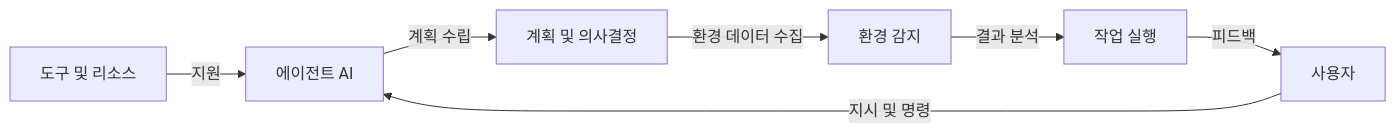
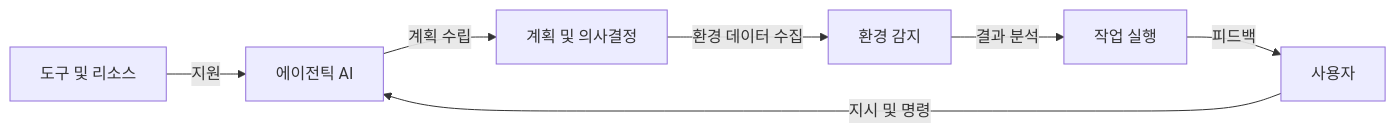
One commit to gracefullight/gracefullight.github.io changed the diagram in blog/pe/algo/agentic-ai.md. Above: the diagram before and after it, drawn with Mermaid. The commit also changed other lines of this file and 2 other files, not shown here.

````diff
--- a/blog/pe/algo/agentic-ai.md
+++ b/blog/pe/algo/agentic-ai.md
@@ -20,9 +20,9 @@
 ```mermaid
 graph LR
-  Tools[도구 및 리소스] -->|지원| AI_Agent
-  User[사용자] -->|지시 및 명령| AI_Agent[에이전트 AI]
-  AI_Agent -->|계획 수립| Planning[계획 및 의사결정]
+  Tools[도구 및 리소스] -->|지원| AgenticAI
+  User[사용자] -->|지시 및 명령| AgenticAI[에이전틱 AI]
+  AgenticAI -->|계획 수립| Planning[계획 및 의사결정]
   Planning -->|환경 데이터 수집| Sensing[환경 감지]
   Sensing -->|결과 분석| Execution[작업 실행]
   Execution -->|피드백| User
 ```
````
